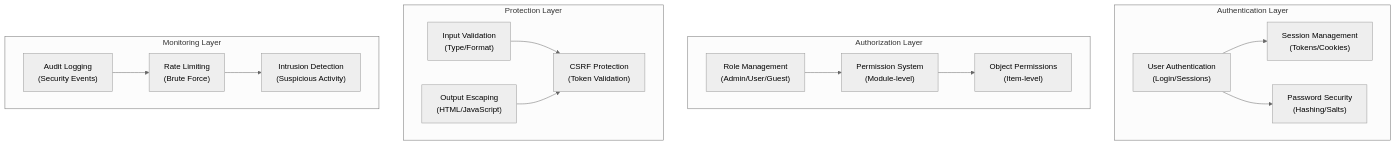
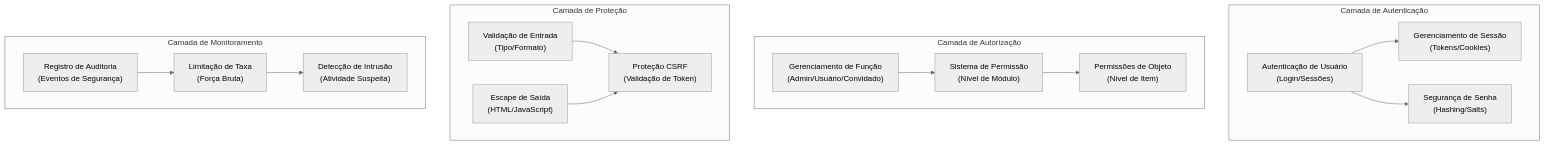
The diagram in apps/docs-27/src/content/docs/pt/contributing/adrs/adr-004.md (mambax7/xoops-docs), drawn with Mermaid (neutral theme) before and after one commit. The commit also changed other lines of this file and 162 other files, not shown here.

````diff
--- a/apps/docs-27/src/content/docs/pt/contributing/adrs/adr-004.md
+++ b/apps/docs-27/src/content/docs/pt/contributing/adrs/adr-004.md
@@ -59,35 +59,35 @@
 ```mermaid
 graph TB
-    subgraph "Authentication Layer"
-        A["User Authentication<br/>(Login/Sessions)"]
-        B["Session Management<br/>(Tokens/Cookies)"]
-        C["Password Security<br/>(Hashing/Salts)"]
+    subgraph "Camada de Autenticação"
+        A["Autenticação de Usuário<br/>(Login/Sessões)"]
+        B["Gerenciamento de Sessão<br/>(Tokens/Cookies)"]
+        C["Segurança de Senha<br/>(Hashing/Salts)"]
     end
 
-    subgraph "Authorization Layer"
-        D["Role Management<br/>(Admin/User/Guest)"]
-        E["Permission System<br/>(Module-level)"]
-        F["Object Permissions<br/>(Item-level)"]
+    subgraph "Camada de Autorização"
+        D["Gerenciamento de Função<br/>(Admin/Usuário/Convidado)"]
+        E["Sistema de Permissão<br/>(Nível de Módulo)"]
+        F["Permissões de Objeto<br/>(Nível de Item)"]
     end
 
-    subgraph "Protection Layer"
-        G["Input Validation<br/>(Type/Format)"]
-        H["Output Escaping<br/>(HTML/JavaScript)"]
-        I["CSRF Protection<br/>(Token Validation)"]
+    subgraph "Camada de Proteção"
+        G["Validação de Entrada<br/>(Tipo/Formato)"]
+        H["Escape de Saída<br/>(HTML/JavaScript)"]
+        I["Proteção CSRF<br/>(Validação de Token)"]
     end
 
-    subgraph "Monitoring Layer"
-        J["Audit Logging<br/>(Security Events)"]
-        K["Rate Limiting<br/>(Brute Force)"]
-        L["Intrusion Detection<br/>(Suspicious Activity)"]
+    subgraph "Camada de Monitoramento"
+        J["Registro de Auditoria<br/>(Eventos de Segurança)"]
+        K["Limitação de Taxa<br/>(Força Bruta)"]
+        L["Detecção de Intrusão<br/>(Atividade Suspeita)"]
     end
 
     A --> B
     A --> C
     D --> E
     E --> F
     G --> I
     H --> I
     J --> K
     K --> L
 ```
````
